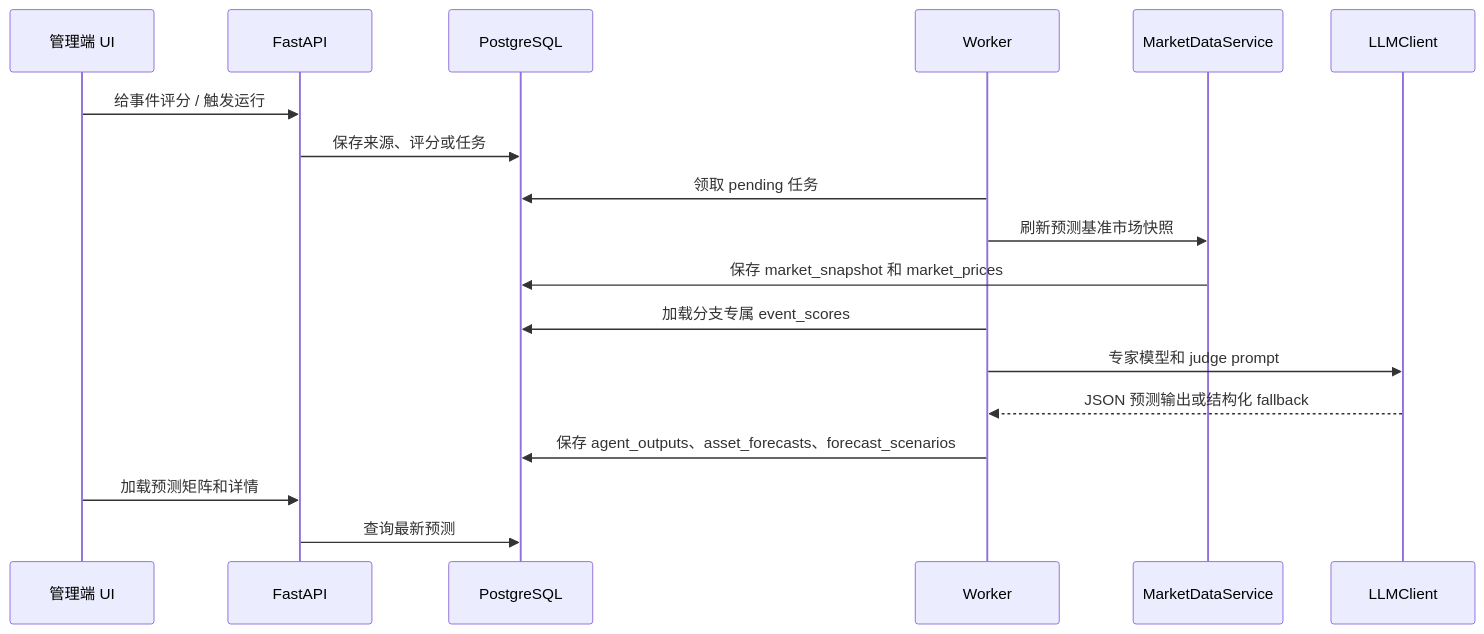
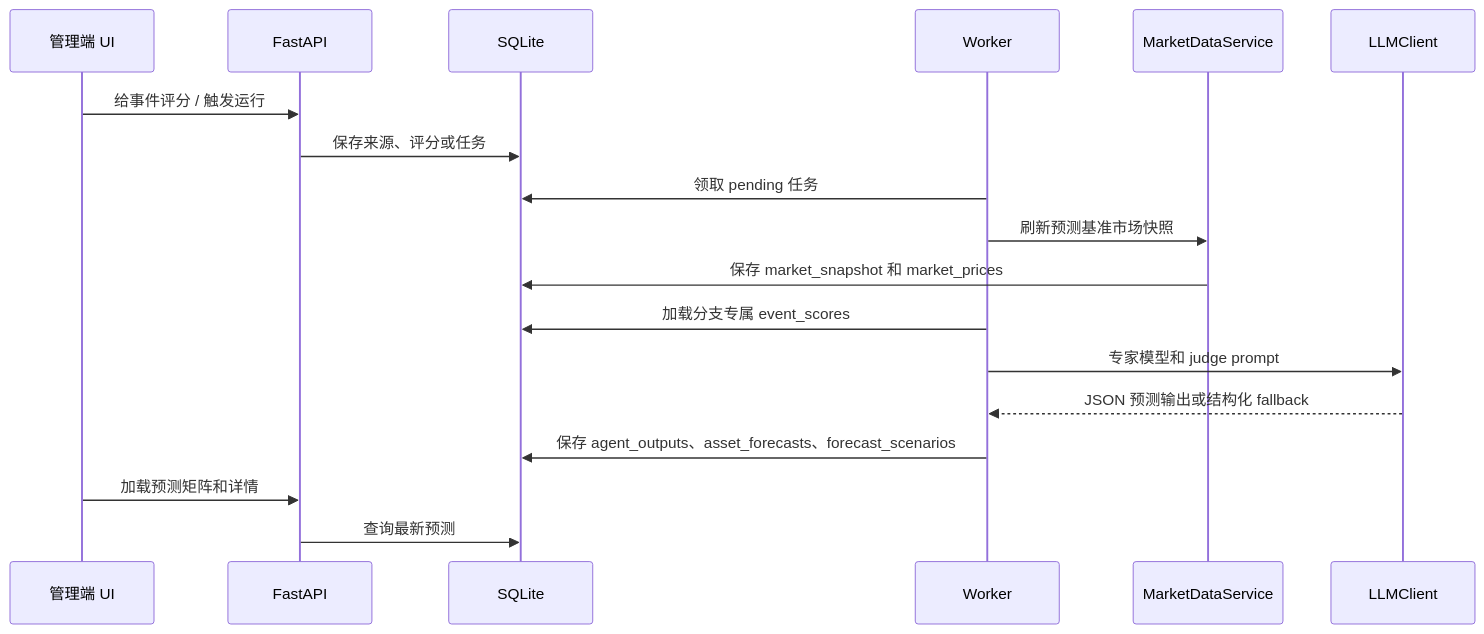
Before and after one commit to chachabu/asset-worldline-agent: the third of 4 diagrams in docs/architecture.md, drawn with Mermaid. The commit also changed other lines of this file and 13 other files, not shown here.

````diff
--- a/docs/architecture.md
+++ b/docs/architecture.md
@@ -106,21 +105,21 @@
 ```mermaid
 sequenceDiagram
     participant Admin as 管理端 UI
     participant API as FastAPI
-    participant DB as PostgreSQL
+    participant DB as SQLite
     participant Worker as Worker
     participant Market as MarketDataService
     participant LLM as LLMClient
 
     Admin->>API: 给事件评分 / 触发运行
     API->>DB: 保存来源、评分或任务
     Worker->>DB: 领取 pending 任务
     Worker->>Market: 刷新预测基准市场快照
     Market->>DB: 保存 market_snapshot 和 market_prices
     Worker->>DB: 加载分支专属 event_scores
     Worker->>LLM: 专家模型和 judge prompt
     LLM-->>Worker: JSON 预测输出或结构化 fallback
     Worker->>DB: 保存 agent_outputs、asset_forecasts、forecast_scenarios
     Admin->>API: 加载预测矩阵和详情
     API->>DB: 查询最新预测
 ```
````
